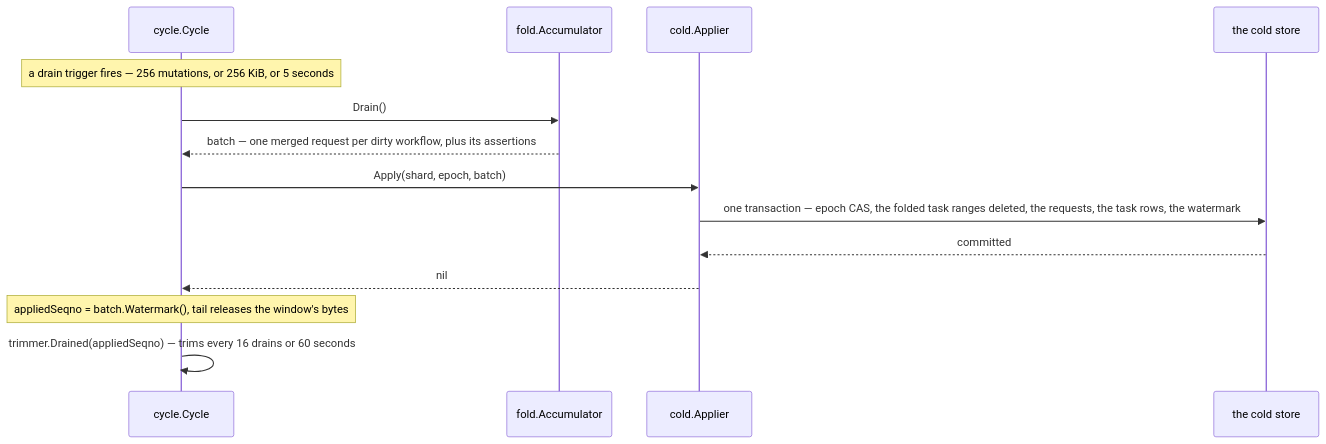
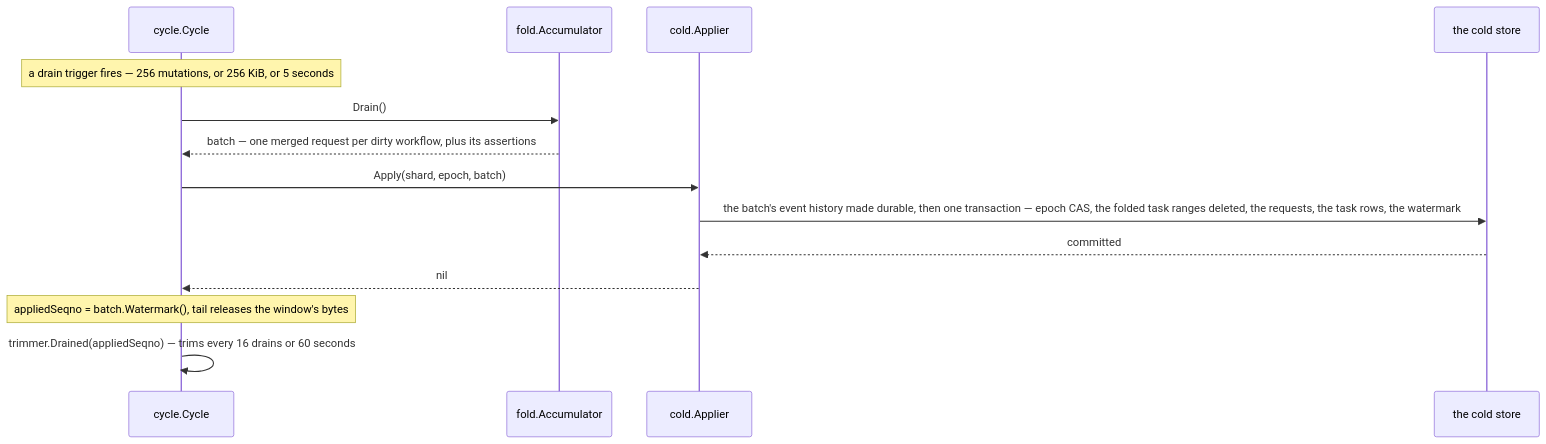
One commit to aromanovich/waltz changed the second of 10 diagrams in docs/handbook/05-write-path.md. Above: the diagram before and after it, drawn with Mermaid. The commit also changed other lines of this file and 47 other files, not shown here.

First line of the commit message:
history_in_wal: a record may carry the event batches its own request produced (#4)

````diff
--- a/docs/handbook/05-write-path.md
+++ b/docs/handbook/05-write-path.md
@@ -144,17 +144,17 @@
 ```mermaid
 sequenceDiagram
   participant CY as cycle.Cycle
   participant ACC as fold.Accumulator
   participant AP as cold.Applier
   participant CS as the cold store
 
   Note over CY: a drain trigger fires — 256 mutations, or 256 KiB, or 5 seconds
   CY->>ACC: Drain()
   ACC-->>CY: batch — one merged request per dirty workflow, plus its assertions
   CY->>AP: Apply(shard, epoch, batch)
-  AP->>CS: one transaction — epoch CAS, the folded task ranges deleted, the requests, the task rows, the watermark
+  AP->>CS: the batch's event history made durable, then one transaction — epoch CAS, the folded task ranges deleted, the requests, the task rows, the watermark
   CS-->>AP: committed
   AP-->>CY: nil
   Note over CY: appliedSeqno = batch.Watermark(), tail releases the window's bytes
   CY->>CY: trimmer.Drained(appliedSeqno) — trims every 16 drains or 60 seconds
 ```
````
